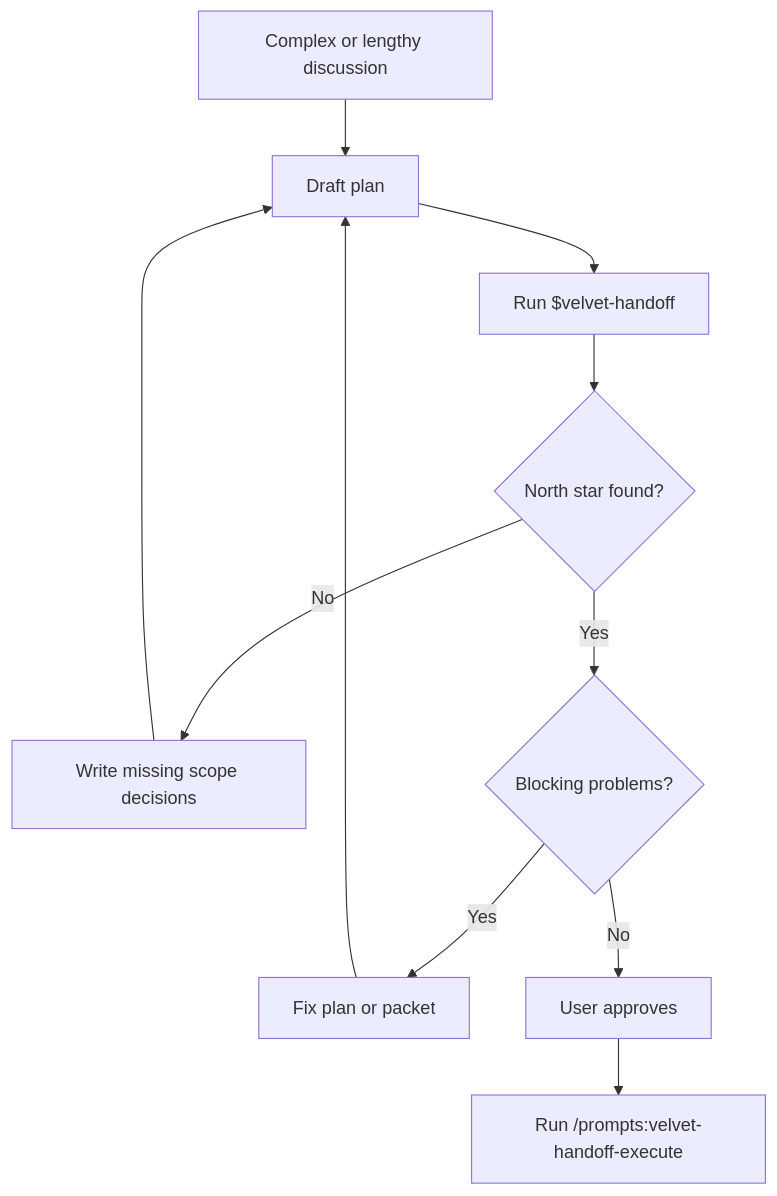
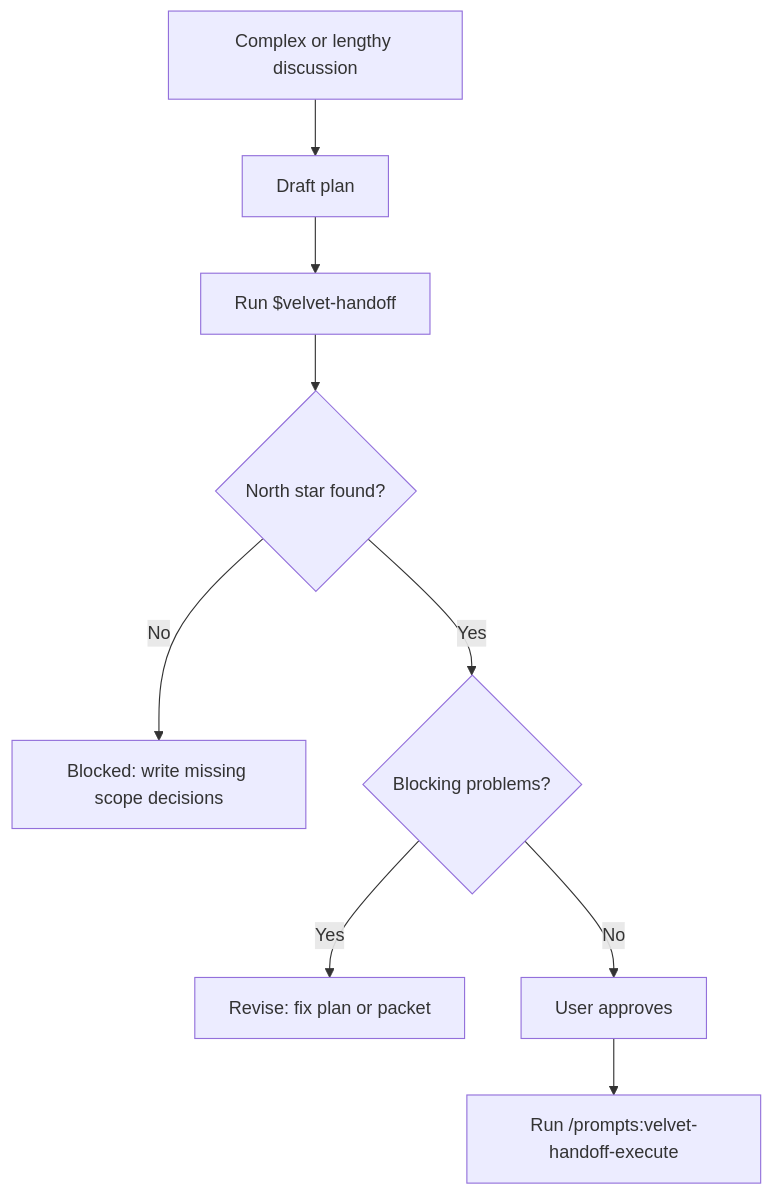
One commit to emilios-eth/velvet-handoff changed the diagram in README.md. Above: the diagram before and after it, drawn with Mermaid. The commit also changed other lines of this file and 1 other file, not shown here.

Commit message:
Clarify reviewer model policy and flow

````diff
--- a/README.md
+++ b/README.md
@@ -17,14 +17,12 @@
 ```mermaid
 flowchart TD
     A["Complex or lengthy discussion"]
     A --> B["Draft plan"]
     B --> C["Run $velvet-handoff"]
     C --> D{"North star found?"}
-    D -->|No| E["Write missing scope decisions"]
-    E --> B
+    D -->|No| E["Blocked: write missing scope decisions"]
     D -->|Yes| F{"Blocking problems?"}
-    F -->|Yes| G["Fix plan or packet"]
-    G --> B
+    F -->|Yes| G["Revise: fix plan or packet"]
     F -->|No| H["User approves"]
     H --> I["Run /prompts:velvet-handoff-execute"]
 ```
````
